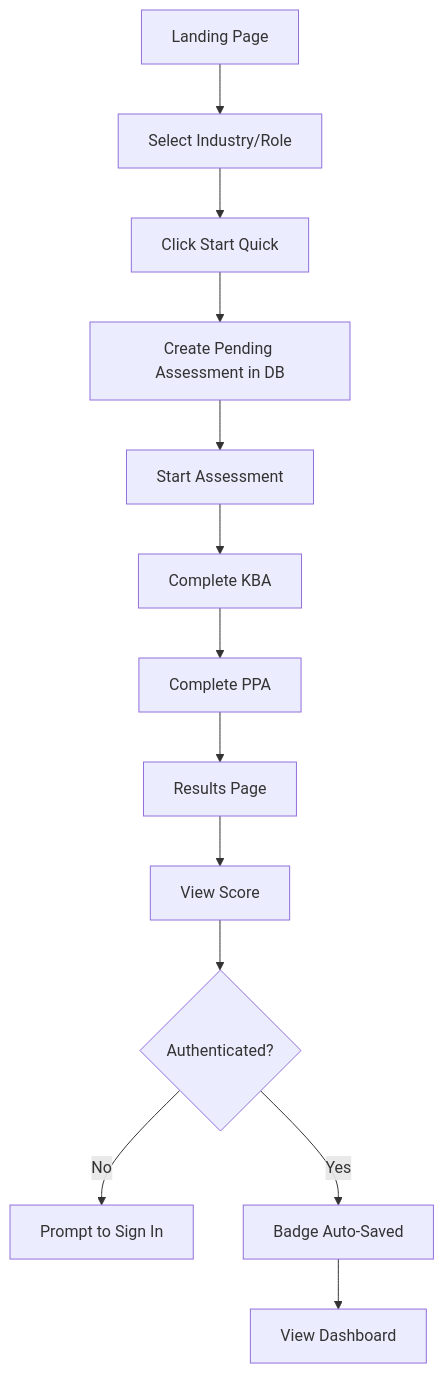
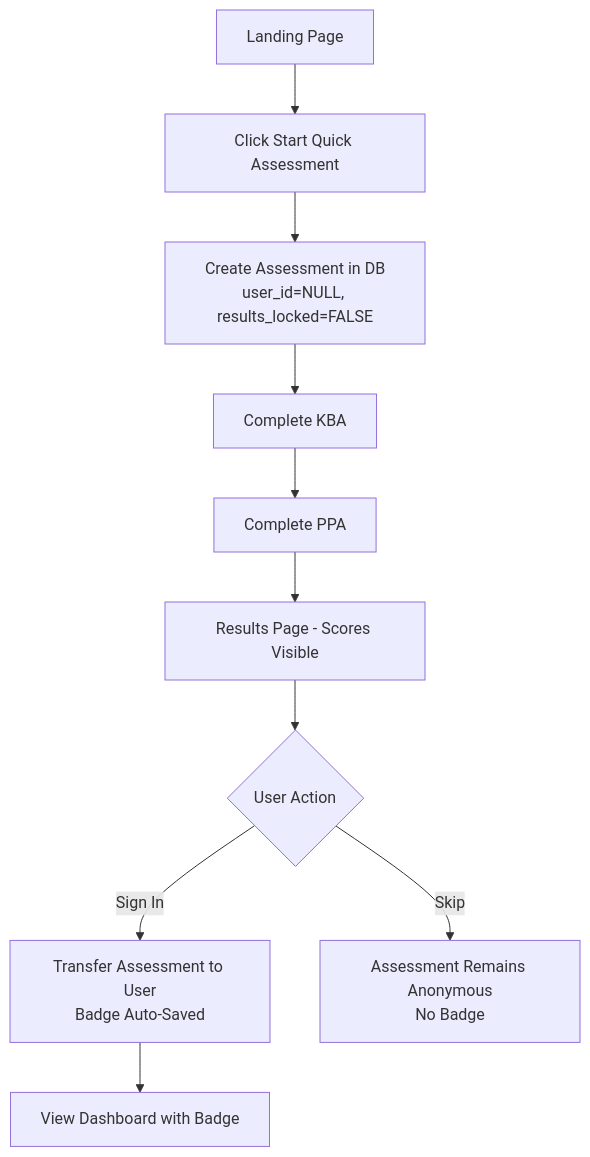
Before and after one commit to promptranks/pr-poc: the first of 5 diagrams in Simplified_User_Conversion_Journey.md, drawn with Mermaid. The commit also changed other lines of this file and 40 other files, not shown here.

````diff
--- a/Simplified_User_Conversion_Journey.md
+++ b/Simplified_User_Conversion_Journey.md
@@ -262,15 +38,12 @@
 ```mermaid
 graph TD
-    A[Landing Page] --> B[Select Industry/Role]
-    B --> C[Click Start Quick]
-    C --> D[Create Pending Assessment in DB]
-    D --> E[Start Assessment]
-    E --> F[Complete KBA]
-    F --> G[Complete PPA]
-    G --> H[Results Page]
-    H --> I[View Score]
-    I --> J{Authenticated?}
-    J -->|No| K[Prompt to Sign In]
-    J -->|Yes| L[Badge Auto-Saved]
-    L --> M[View Dashboard]
+    A[Landing Page] --> B[Click Start Quick Assessment]
+    B --> C[Create Assessment in DB<br/>user_id=NULL, results_locked=FALSE]
+    C --> D[Complete KBA]
+    D --> E[Complete PPA]
+    E --> F[Results Page - Scores Visible]
+    F --> G{User Action}
+    G -->|Sign In| H[Transfer Assessment to User<br/>Badge Auto-Saved]
+    G -->|Skip| I[Assessment Remains Anonymous<br/>No Badge]
+    H --> J[View Dashboard with Badge]
 ```
````
